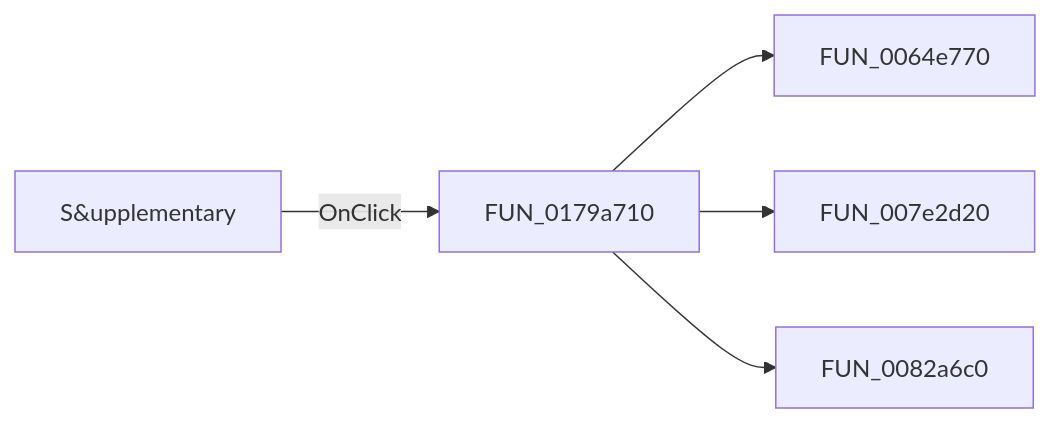
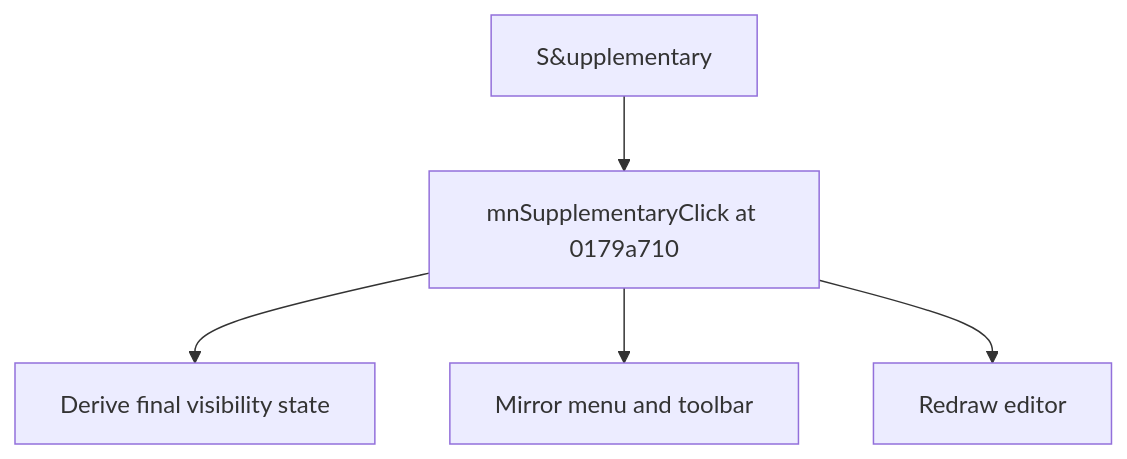
One commit to MovGP0/TIARA changed the diagram in docs/ui-controls/shapeedit/mnsupplementary-c4427a1f8f.md. Above: the diagram before and after it, drawn with Mermaid. The commit also changed other lines of this file and 1062 other files, not shown here.

````diff
--- a/docs/ui-controls/shapeedit/mnsupplementary-c4427a1f8f.md
+++ b/docs/ui-controls/shapeedit/mnsupplementary-c4427a1f8f.md
@@ -27,7 +27,7 @@
 ```mermaid
-flowchart LR
-    control["S&upplementary"] -->|OnClick| handler["FUN_0179a710"]
-    handler --> call1["FUN_0064e770"]
-    handler --> call2["FUN_007e2d20"]
-    handler --> call3["FUN_0082a6c0"]
+flowchart TD
+    control["S&upplementary"] --> handler["mnSupplementaryClick at 0179a710"]
+    handler --> step1["Derive final visibility state"]
+    handler --> step2["Mirror menu and toolbar"]
+    handler --> step3["Redraw editor"]
 ```
````
